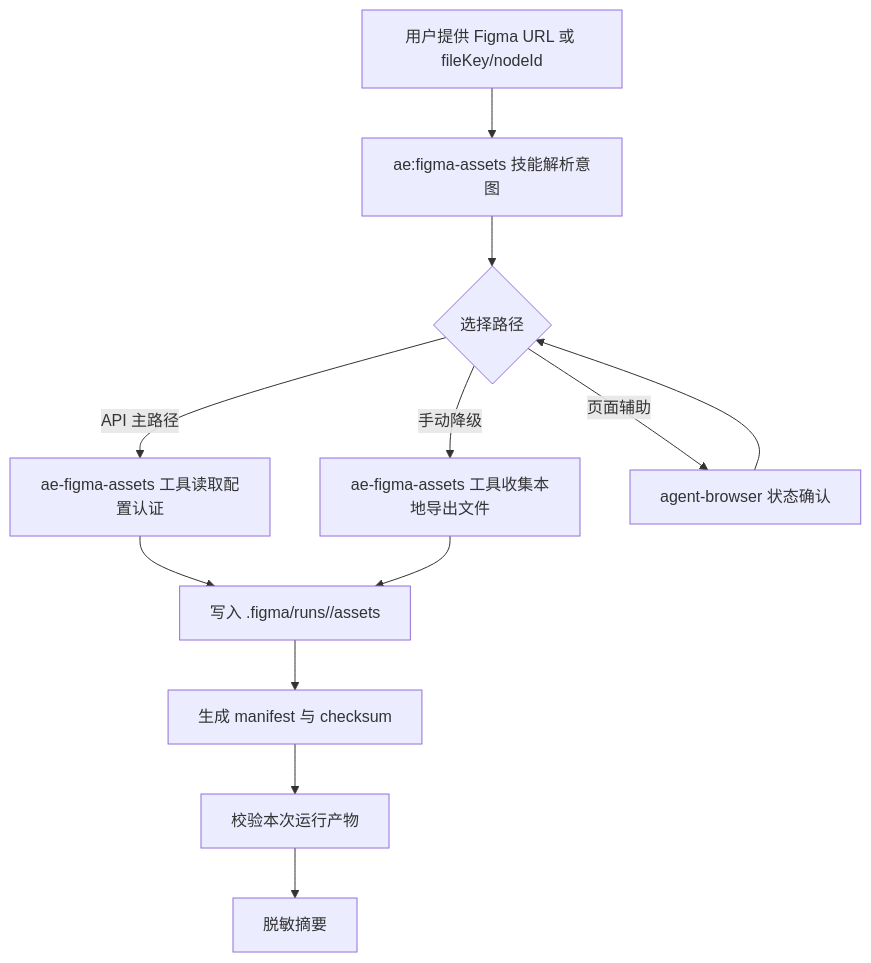
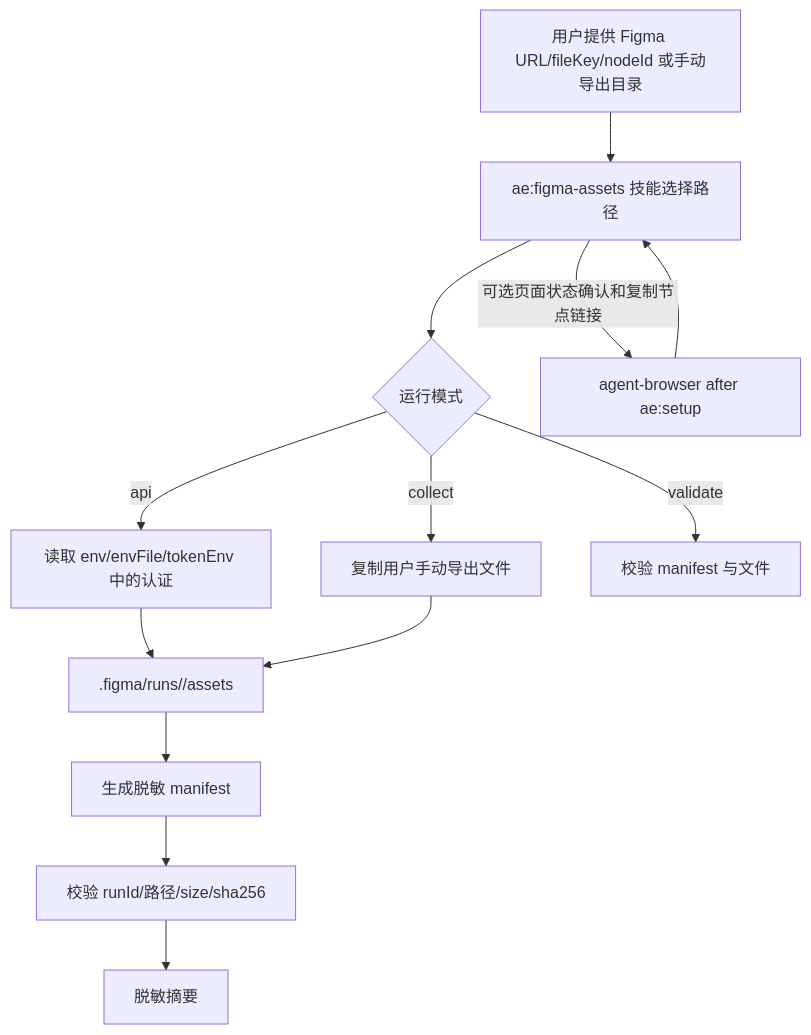
The fourth of 4 diagrams in docs/ae/plans/2026-04-28-001-feat-figma-asset-export-skill-plan.md (jiangqiang1996/AI-Agent-Engine), drawn with Mermaid before and after one commit. The commit also changed other lines of this file, not shown here.

Commit message:
docs(plan): 强化 Figma 素材导出技术债消除计划

````diff
--- a/docs/ae/plans/2026-04-28-001-feat-figma-asset-export-skill-plan.md
+++ b/docs/ae/plans/2026-04-28-001-feat-figma-asset-export-skill-plan.md
@@ -29,14 +148,15 @@
 ```mermaid
 flowchart TD
-  A[用户提供 Figma URL 或 fileKey/nodeId] --> B[ae:figma-assets 技能解析意图]
-  B --> C{选择路径}
-  C -->|API 主路径| D[ae-figma-assets 工具读取配置认证]
-  C -->|手动降级| E[ae-figma-assets 工具收集本地导出文件]
-  C -->|页面辅助| F[agent-browser 状态确认]
-  F --> C
-  D --> G[写入 .figma/runs/<runId>/assets]
-  E --> G
-  G --> H[生成 manifest 与 checksum]
-  H --> I[校验本次运行产物]
-  I --> J[脱敏摘要]
+  A[用户提供 Figma URL/fileKey/nodeId 或手动导出目录] --> B[ae:figma-assets 技能选择路径]
+  B --> C{运行模式}
+  C -->|api| D[读取 env/envFile/tokenEnv 中的认证]
+  C -->|collect| E[复制用户手动导出文件]
+  C -->|validate| F[校验 manifest 与文件]
+  B -->|可选页面状态确认和复制节点链接| G[agent-browser after ae:setup]
+  G --> B
+  D --> H[.figma/runs/<runId>/assets]
+  E --> H
+  H --> I[生成脱敏 manifest]
+  I --> J[校验 runId/路径/size/sha256]
+  J --> K[脱敏摘要]
 ```
````
